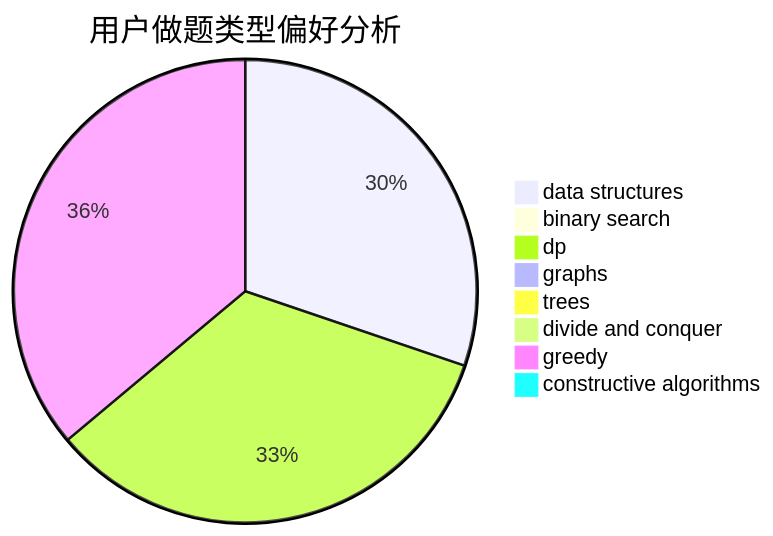
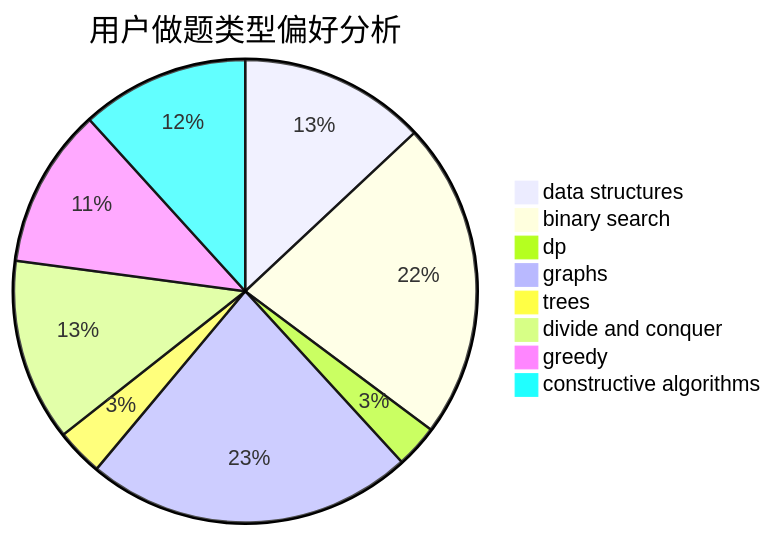
The second of 3 diagrams in docs/user/u686.md (sherpahu/cfrs.github.io), drawn with Mermaid before and after one commit. The commit also changed other lines of this file and 2770 other files, not shown here.

````diff
--- a/docs/user/u686.md
+++ b/docs/user/u686.md
@@ -23,11 +23,11 @@
 ```mermaid
 pie title 用户做题类型偏好分析
-    "data structures" :  329
-    "binary search" :  1
-    "dp" :  367
-    "graphs" :  4
-    "trees" :  2
-    "divide and conquer" :  0
-    "greedy" :  393
-    "constructive algorithms" :  1
+    "data structures" :  91
+    "binary search" :  155
+    "dp" :  21
+    "graphs" :  160
+    "trees" :  23
+    "divide and conquer" :  89
+    "greedy" :  78
+    "constructive algorithms" :  82
 ```
````
